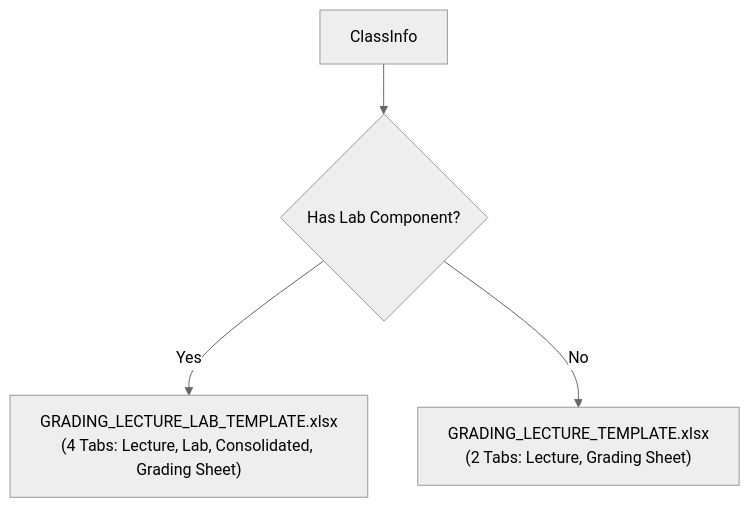
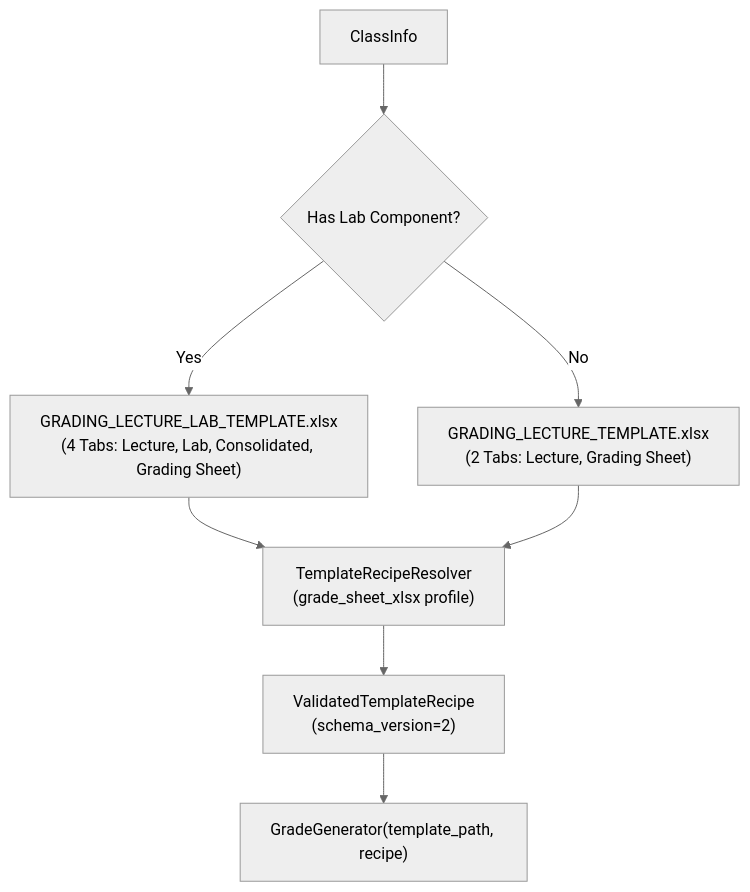
One commit to DrinkBoooz/cvsu-generator_documentation changed the diagram in 02 - Generators/Grading Generator.md. Above: the diagram before and after it, drawn with Mermaid (neutral theme). The commit also changed other lines of this file and 4 other files, not shown here.

Commit message:
11: document authoritative dynamic template discovery pipeline and recipe architecture

````diff
--- a/02 - Generators/Grading Generator.md
+++ b/02 - Generators/Grading Generator.md
@@ -32,6 +35,12 @@
 ```mermaid
 graph TD
     Class["ClassInfo"] --> LabCheck{"Has Lab Component?"}
     LabCheck -->|Yes| LabTpl["GRADING_LECTURE_LAB_TEMPLATE.xlsx<br>(4 Tabs: Lecture, Lab, Consolidated, Grading Sheet)"]
     LabCheck -->|No| LecTpl["GRADING_LECTURE_TEMPLATE.xlsx<br>(2 Tabs: Lecture, Grading Sheet)"]
+
+    LabTpl --> Resolver["TemplateRecipeResolver<br>(grade_sheet_xlsx profile)"]
+    LecTpl --> Resolver
+
+    Resolver --> Recipe["ValidatedTemplateRecipe<br>(schema_version=2)"]
+    Recipe --> Gen["GradeGenerator(template_path, recipe)"]
 ```
````
